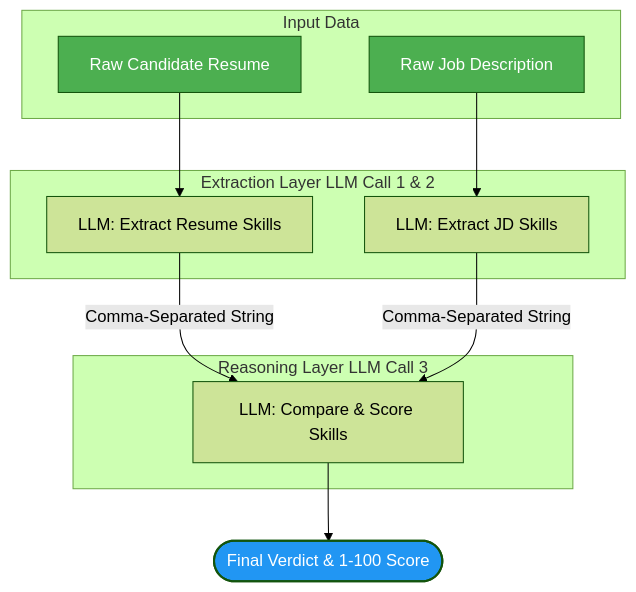
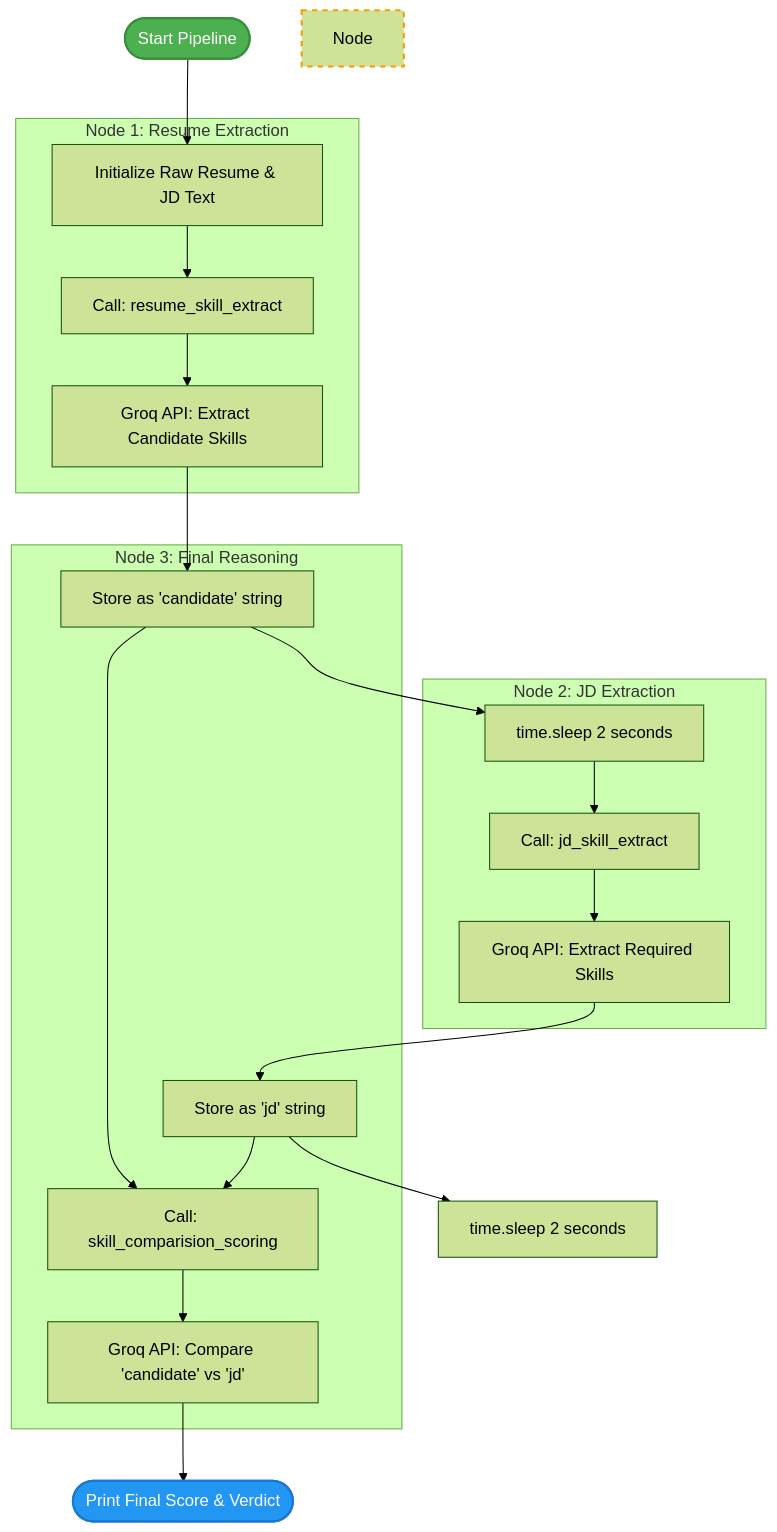
The diagram in week2/day8/README.md (vivekrajraghav/building-ai-systems), drawn with Mermaid (forest theme) before and after one commit. The commit also changed other lines of this file, not shown here.

First line of the commit message:
Revise README for Prompt Chaining Architecture

````diff
--- a/week2/day8/README.md
+++ b/week2/day8/README.md
@@ -24,29 +213,35 @@
 ```mermaid
 graph TD
-    subgraph Input Data
-    A[Raw Candidate Resume] 
-    B[Raw Job Description]
+    A([Start Pipeline]) --> B[Initialize Raw Resume & JD Text]
+    
+    subgraph Node 1: Resume Extraction
+    B --> C[Call: resume_skill_extract]
+    C --> D[Groq API: Extract Candidate Skills]
     end
     
-    subgraph Extraction Layer LLM Call 1 & 2
-    C[LLM: Extract Resume Skills]
-    D[LLM: Extract JD Skills]
+    D --> E[Store as 'candidate' string]
+    E --> F[time.sleep 2 seconds]
+    
+    subgraph Node 2: JD Extraction
+    F --> G[Call: jd_skill_extract]
+    G --> H[Groq API: Extract Required Skills]
     end
     
-    subgraph Reasoning Layer LLM Call 3
-    E[LLM: Compare & Score Skills]
+    H --> I[Store as 'jd' string]
+    I --> J[time.sleep 2 seconds]
+    
+    subgraph Node 3: Final Reasoning
+    E --> K[Call: skill_comparision_scoring]
+    I --> K
+    K --> L[Groq API: Compare 'candidate' vs 'jd']
     end
     
-    A --> C
-    B --> D
+    L --> M([Print Final Score & Verdict])
     
-    C -->|Comma-Separated String| E
-    D -->|Comma-Separated String| E
-    
-    E --> F([Final Verdict & 1-100 Score])
-    
-    style A fill:#4CAF50,color:#fff
-    style B fill:#4CAF50,color:#fff
-    style F fill:#2196F3,color:#fff,stroke-width:2px
+    style A fill:#4CAF50,stroke:#388E3C,stroke-width:2px,color:#fff
+    style M fill:#2196F3,stroke:#1976D2,stroke-width:2px,color:#fff
+    style Node 1 fill:#f4f4f9,stroke:#673ab7,stroke-width:2px,stroke-dasharray: 5 5
+    style Node 2 fill:#f4f4f9,stroke:#673ab7,stroke-width:2px,stroke-dasharray: 5 5
+    style Node 3 fill:#fff3e0,stroke:#ff9800,stroke-width:2px,stroke-dasharray: 5 5
 
 ```
````
